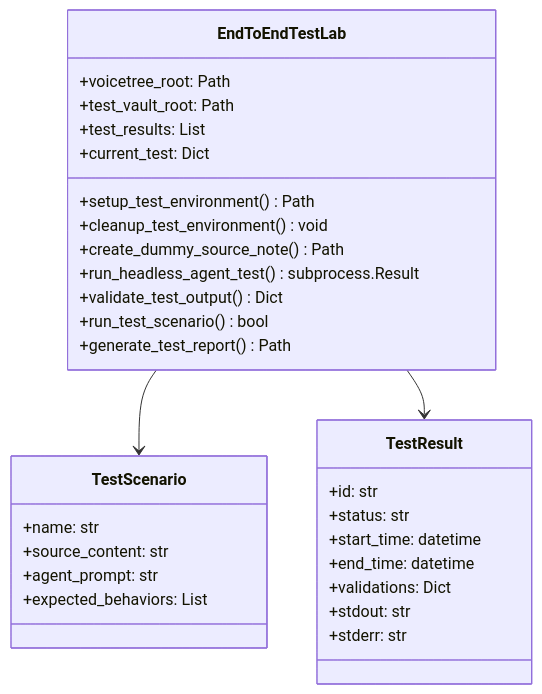
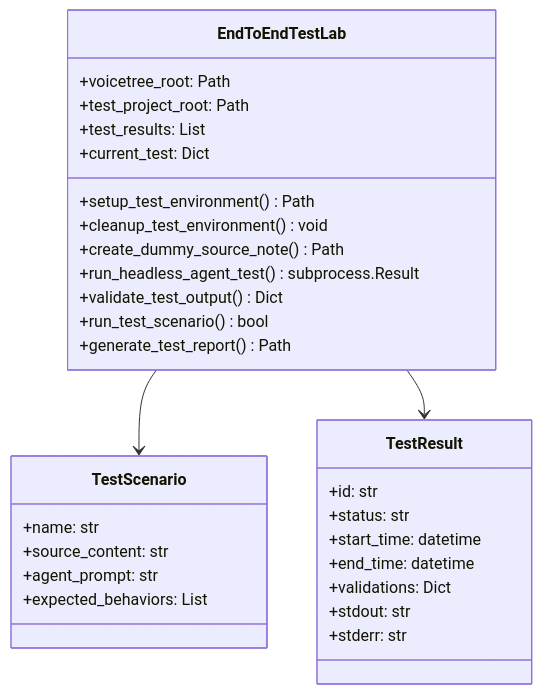
The second of 7 diagrams in tools/tests/system/test_lab/ARCHITECTURE.md (voicetreelab/voicetree), drawn with Mermaid before and after one commit. The commit also changed other lines of this file and 1020 other files, not shown here.

First line of the commit message:
refactor(project): remove legacy path vocabulary

````diff
--- a/tools/tests/system/test_lab/ARCHITECTURE.md
+++ b/tools/tests/system/test_lab/ARCHITECTURE.md
@@ -54,37 +54,37 @@
 ```mermaid
 classDiagram
     class EndToEndTestLab {
         +voicetree_root: Path
-        +test_vault_root: Path
+        +test_project_root: Path
         +test_results: List
         +current_test: Dict
         
         +setup_test_environment() Path
         +cleanup_test_environment() void
         +create_dummy_source_note() Path
         +run_headless_agent_test() subprocess.Result
         +validate_test_output() Dict
         +run_test_scenario() bool
         +generate_test_report() Path
     }
     
     class TestScenario {
         +name: str
         +source_content: str
         +agent_prompt: str
         +expected_behaviors: List
     }
     
     class TestResult {
         +id: str
         +status: str
         +start_time: datetime
         +end_time: datetime
         +validations: Dict
         +stdout: str
         +stderr: str
     }
     
     EndToEndTestLab --> TestScenario
     EndToEndTestLab --> TestResult
 ```
````
